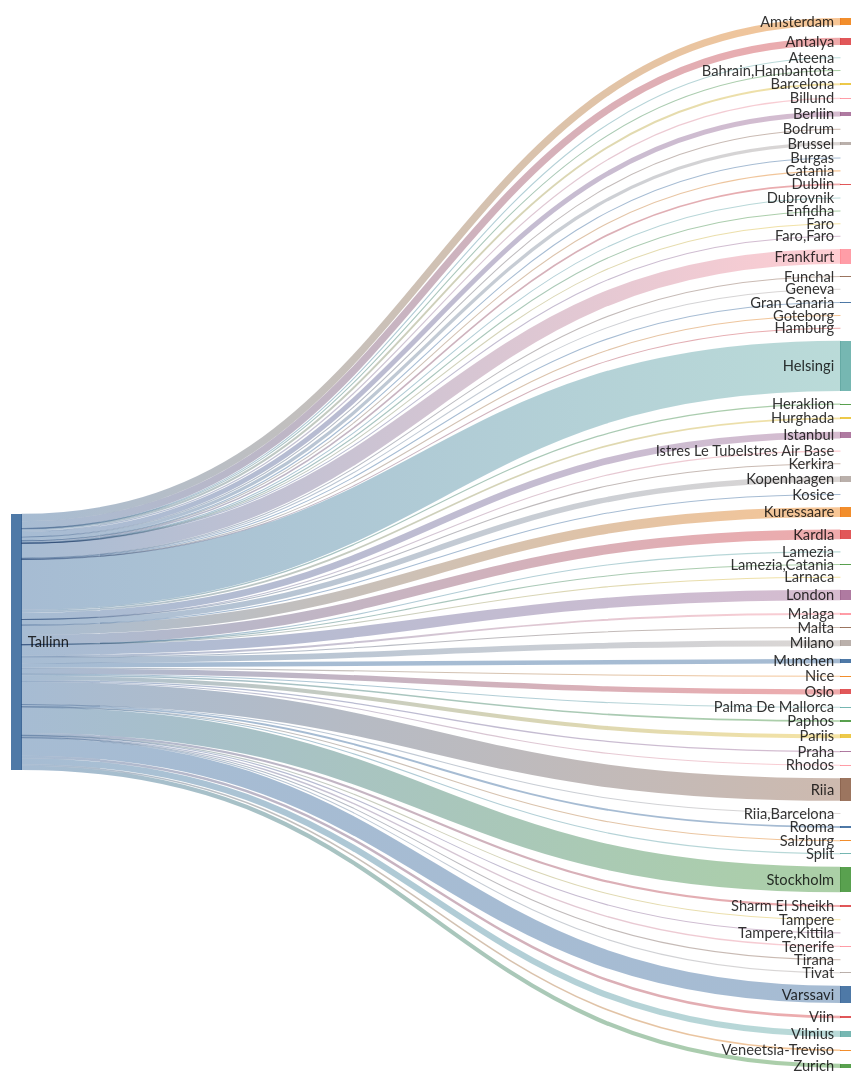
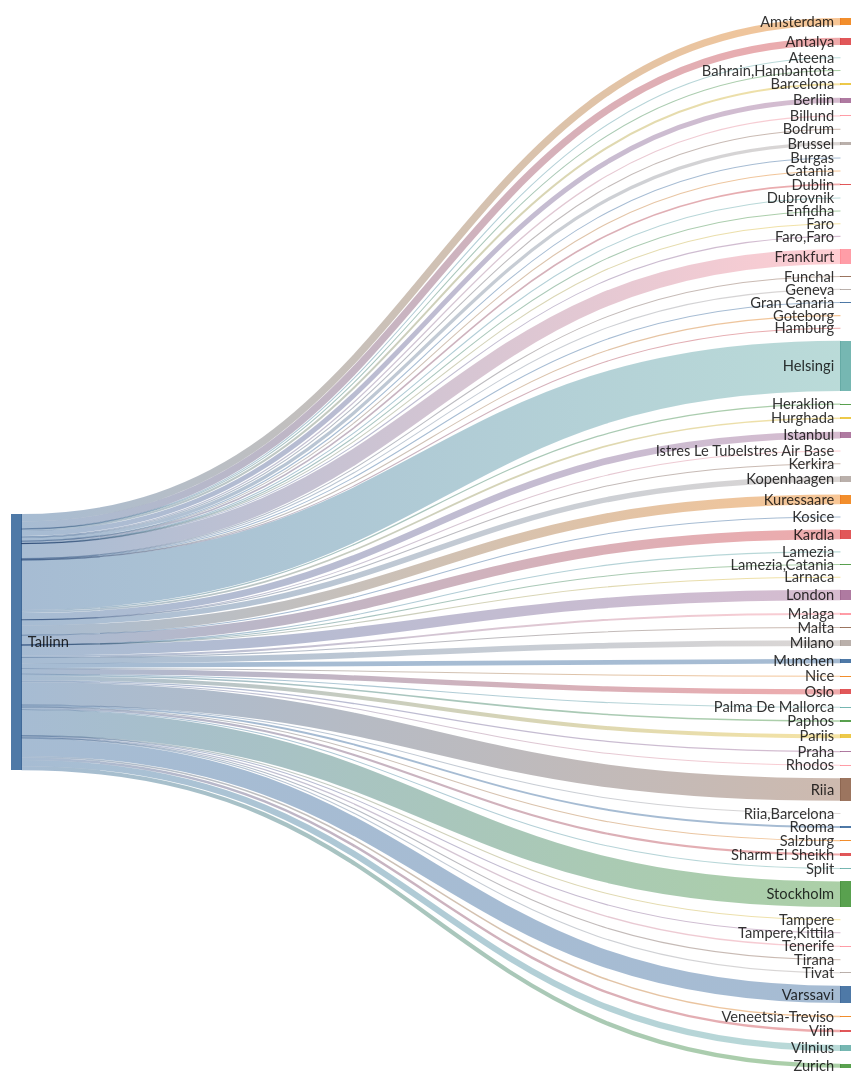
One commit to rainermesi/tll-airport-departures changed the second of 2 diagrams in README.md. Above: the diagram before and after it, drawn with Mermaid. The commit also changed other lines of this file and 1 other file, not shown here.

````diff
--- a/README.md
+++ b/README.md
@@ -34,77 +34,77 @@
 ```mermaid
 ---
 config:
   sankey:
     showValues: false
     width: 800
     height: 1000
 ---
 sankey-beta
 %% source,target,value
-Tallinn,Amsterdam,315
-Tallinn,Antalya,305
+Tallinn,Amsterdam,317
+Tallinn,Antalya,307
 Tallinn,Ateena,16
 Tallinn,"Bahrain,Hambantota",1
-Tallinn,Barcelona,86
-Tallinn,Berliin,210
+Tallinn,Barcelona,87
+Tallinn,Berliin,212
 Tallinn,Billund,52
 Tallinn,Bodrum,11
-Tallinn,Brussel,139
+Tallinn,Brussel,140
 Tallinn,Burgas,23
 Tallinn,Catania,2
 Tallinn,Dublin,71
 Tallinn,Dubrovnik,21
 Tallinn,Enfidha,7
 Tallinn,Faro,4
 Tallinn,"Faro,Faro",1
-Tallinn,Frankfurt,640
+Tallinn,Frankfurt,643
 Tallinn,Funchal,5
 Tallinn,Geneva,13
 Tallinn,Gran Canaria,38
 Tallinn,Goteborg,1
 Tallinn,Hamburg,2
-Tallinn,Helsingi,2152
+Tallinn,Helsingi,2160
 Tallinn,Heraklion,52
 Tallinn,Hurghada,75
-Tallinn,Istanbul,289
+Tallinn,Istanbul,291
 Tallinn,Istres Le TubeIstres Air Base,2
 Tallinn,Kerkira,4
-Tallinn,Kopenhaagen,238
+Tallinn,Kopenhaagen,241
 Tallinn,Kosice,1
-Tallinn,Kuressaare,417
-Tallinn,Kardla,417
+Tallinn,Kuressaare,419
+Tallinn,Kardla,419
 Tallinn,Lamezia,1
 Tallinn,"Lamezia,Catania",3
 Tallinn,Larnaca,4
-Tallinn,London,446
+Tallinn,London,447
 Tallinn,Malaga,83
 Tallinn,Malta,17
 Tallinn,Milano,248
-Tallinn,Munchen,196
+Tallinn,Munchen,198
 Tallinn,Nice,28
-Tallinn,Oslo,228
+Tallinn,Oslo,229
 Tallinn,Palma De Mallorca,21
 Tallinn,Paphos,66
-Tallinn,Pariis,173
+Tallinn,Pariis,175
 Tallinn,Praha,54
-Tallinn,Rhodos,35
-Tallinn,Riia,970
+Tallinn,Rhodos,36
+Tallinn,Riia,974
 Tallinn,"Riia,Barcelona",1
 Tallinn,Rooma,80
 Tallinn,Salzburg,14
 Tallinn,Sharm El Sheikh,92
 Tallinn,Split,29
-Tallinn,Stockholm,1098
+Tallinn,Stockholm,1103
 Tallinn,Tampere,17
 Tallinn,"Tampere,Kittila",21
 Tallinn,Tenerife,58
-Tallinn,Tirana,8
-Tallinn,Tivat,30
-Tallinn,Varssavi,745
+Tallinn,Tirana,9
+Tallinn,Tivat,31
+Tallinn,Varssavi,748
 Tallinn,Veneetsia-Treviso,67
 Tallinn,Viin,106
-Tallinn,Vilnius,264
-Tallinn,Zurich,179
+Tallinn,Vilnius,266
+Tallinn,Zurich,180
 
 
 ```
````
